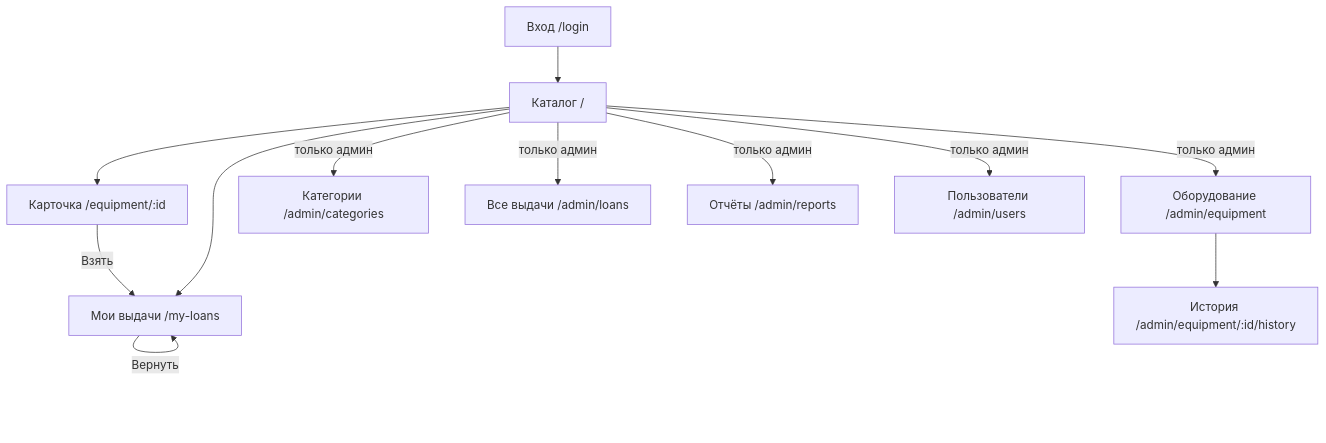
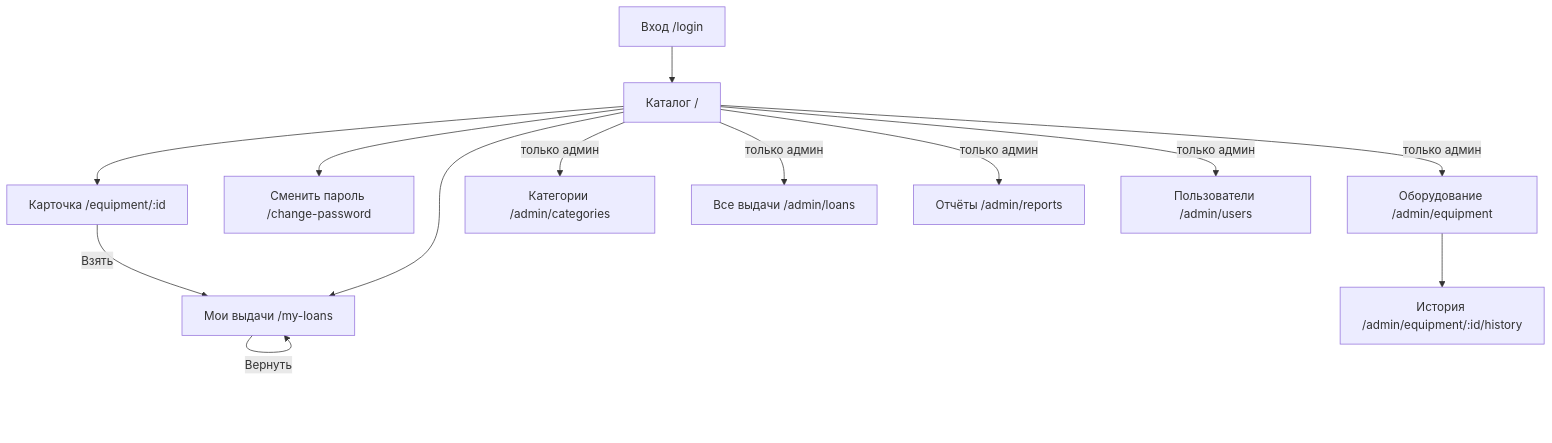
The second of 2 diagrams in docs/architecture.md (arvixhaku/CASE), drawn with Mermaid before and after one commit. The commit also changed other lines of this file, not shown here.

````diff
--- a/docs/architecture.md
+++ b/docs/architecture.md
@@ -365,14 +398,15 @@
 ```mermaid
 flowchart TD
     L[Вход /login] --> C[Каталог /]
     C --> E[Карточка /equipment/:id]
     E -->|Взять| ML[Мои выдачи /my-loans]
     C --> ML
+    C --> CP[Сменить пароль /change-password]
     ML -->|Вернуть| ML
     C -->|только админ| AE[Оборудование /admin/equipment]
     AE --> AH[История /admin/equipment/:id/history]
     C -->|только админ| AC[Категории /admin/categories]
     C -->|только админ| AL[Все выдачи /admin/loans]
     C -->|только админ| AR[Отчёты /admin/reports]
     C -->|только админ| AU[Пользователи /admin/users]
 ```
````
